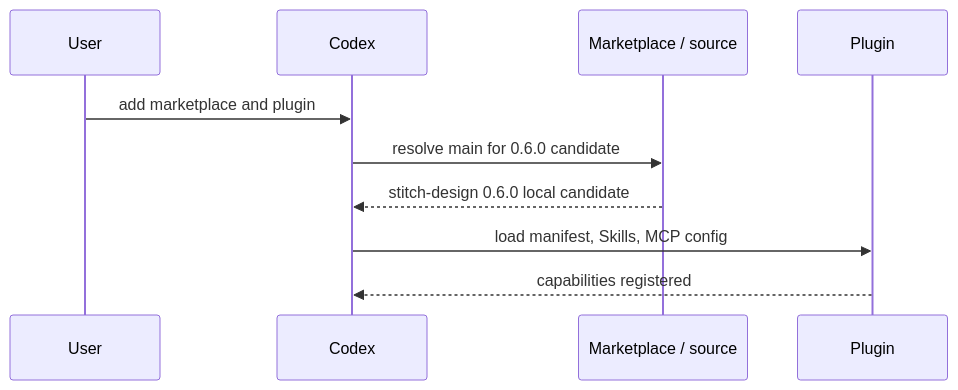
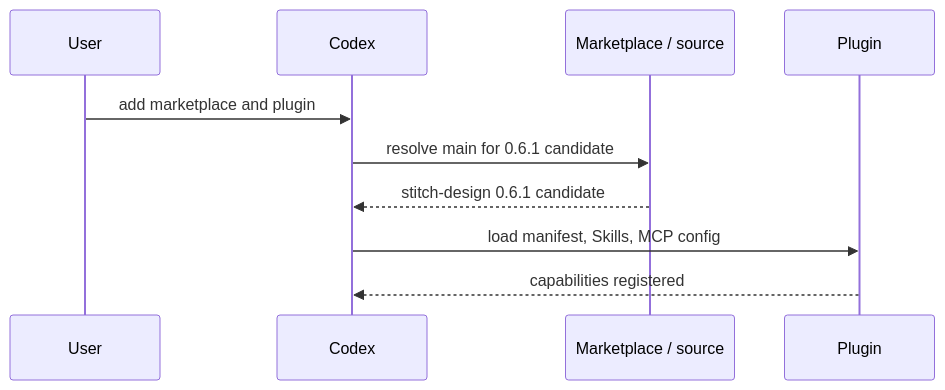
One commit to full-stack-plugins/stitch-design-plugin changed the seventh of 11 diagrams in docs/Stitch-Design-Architecture.md. Above: the diagram before and after it, drawn with Mermaid. The commit also changed other lines of this file and 16 other files, not shown here.

First line of the commit message:
chore: prepare Stitch Design 0.6.1 release

````diff
--- a/docs/Stitch-Design-Architecture.md
+++ b/docs/Stitch-Design-Architecture.md
@@ -160,12 +160,12 @@
 ```mermaid
 sequenceDiagram
     participant U as User
     participant C as Codex
     participant M as Marketplace / source
     participant P as Plugin
     U->>C: add marketplace and plugin
-    C->>M: resolve main for 0.6.0 candidate
-    M-->>C: stitch-design 0.6.0 local candidate
+    C->>M: resolve main for 0.6.1 candidate
+    M-->>C: stitch-design 0.6.1 candidate
     C->>P: load manifest, Skills, MCP config
     P-->>C: capabilities registered
 ```
````
